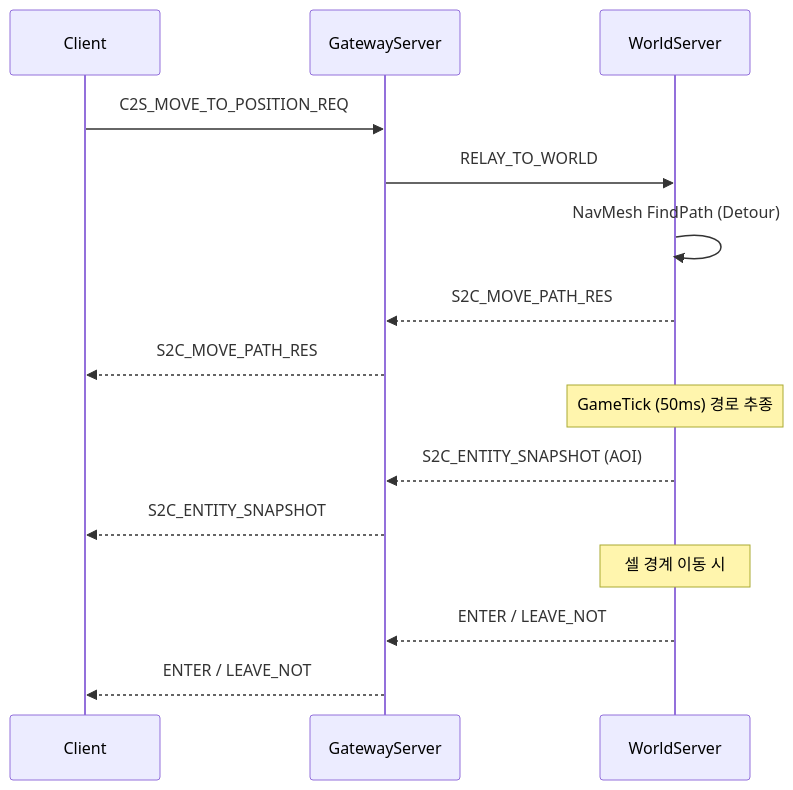
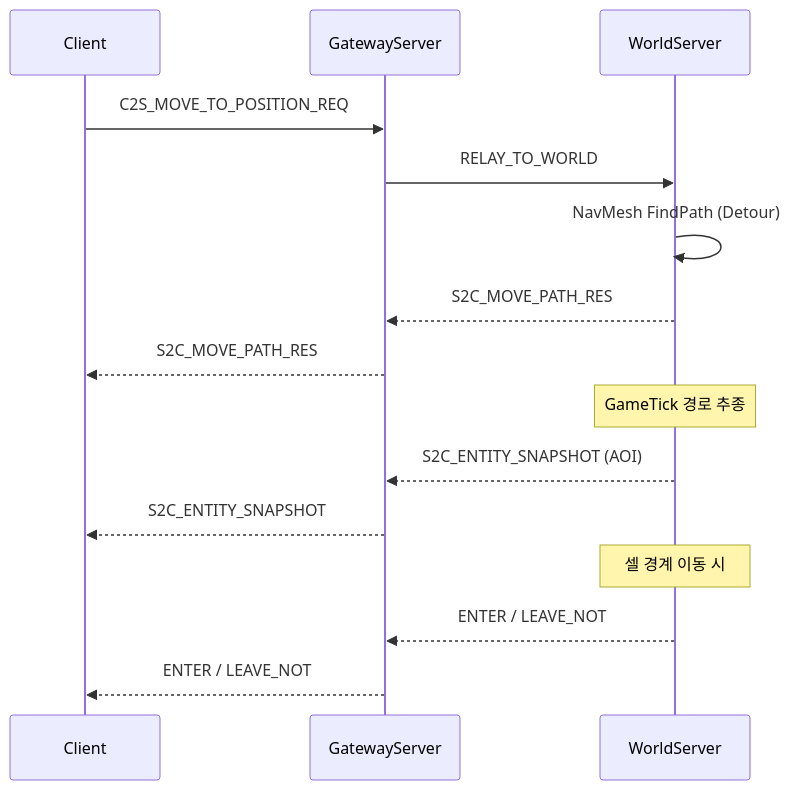
Before and after one commit to jch5158/DH1_MMORPG: the eighth of 10 diagrams in README.md, drawn with Mermaid. The commit also changed other lines of this file and 1 other file, not shown here.

Commit message:
docs: README 수정 — 개발 기간 2026.01, GameTick 50ms 제거, mi_malloc/mi_free 수정, em dash 제거, PDF 재생성 및 임시 파일 정리

````diff
--- a/README.md
+++ b/README.md
@@ -290,21 +270,21 @@
 ```mermaid
 sequenceDiagram
     participant C as Client
     participant G as GatewayServer
     participant W as WorldServer
 
     C->>G: C2S_MOVE_TO_POSITION_REQ
     G->>W: RELAY_TO_WORLD
     W->>W: NavMesh FindPath (Detour)
     W-->>G: S2C_MOVE_PATH_RES
     G-->>C: S2C_MOVE_PATH_RES
 
-    Note over W: GameTick (50ms) 경로 추종
+    Note over W: GameTick 경로 추종
 
     W-->>G: S2C_ENTITY_SNAPSHOT (AOI)
     G-->>C: S2C_ENTITY_SNAPSHOT
 
     Note over W: 셀 경계 이동 시
     W-->>G: ENTER / LEAVE_NOT
     G-->>C: ENTER / LEAVE_NOT
 ```
````
